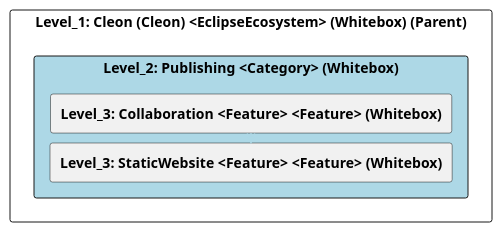
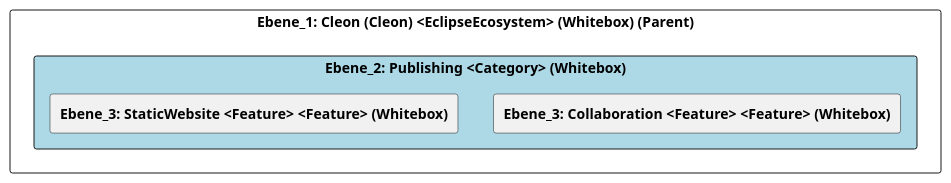
The diagram in doc/cleonproject_deliverables_architecture_model_architecture/adoc/de/05_bausteinsicht/cleon/publishing/ebene_2_publishing.adoc (marcozwyssig/cleon), drawn with PlantUML before and after one commit. The commit also changed other lines of this file and 150 other files, not shown here.

```diff
--- a/doc/cleonproject_deliverables_architecture_model_architecture/adoc/de/05_bausteinsicht/cleon/publishing/ebene_2_publishing.adoc
+++ b/doc/cleonproject_deliverables_architecture_model_architecture/adoc/de/05_bausteinsicht/cleon/publishing/ebene_2_publishing.adoc
@@ -21,28 +21,25 @@
-[plantuml, Level_2: Publishing <Category> (Whitebox)BlockOverview, format="svg"]
+[plantuml, Ebene_2: Publishing <Category> (Whitebox)BlockOverview, format="svg"]
 ----
-@startuml Level_2: Publishing <Category> (Whitebox)BuildingBlockOverview
+@startuml Ebene_2: Publishing <Category> (Whitebox)BuildingBlockOverview
 
 skinparam ranksep 10
 skinparam componentStyle rectangle
 skinparam shadowing false
 skinparam arrowColor lightblue
 skinparam arrowThickness 1.2
 skinparam rectangle {
   BackgroundColor White
   BorderColor #333
   RoundCorner 10
 }
 top to bottom direction
 
-component "Level_1: Cleon (Cleon) <EclipseEcosystem> (Whitebox) (Parent)" {
-    component "Level_2: Publishing <Category> (Whitebox)" #lightblue {
-        [**Level_3: Collaboration <Feature> <Feature> (Whitebox)**] as 4905581B_D579_11EE_903E_9F564E4DE07E
-        [**Level_3: StaticWebsite <Feature> <Feature> (Whitebox)**] as 49057F34_D579_11EE_903E_9F564E4DE07E
+component "Ebene_1: Cleon (Cleon) <EclipseEcosystem> (Whitebox) (Parent)" {
+    component "Ebene_2: Publishing <Category> (Whitebox)" #lightblue {
+        [**Ebene_3: Collaboration <Feature> <Feature> (Whitebox)**] as 4905581B_D579_11EE_903E_9F564E4DE07E
+        [**Ebene_3: StaticWebsite <Feature> <Feature> (Whitebox)**] as 49057F34_D579_11EE_903E_9F564E4DE07E
     }
-
-    4905581B_D579_11EE_903E_9F564E4DE07E -down-> 49057F34_D579_11EE_903E_9F564E4DE07E
-    
 }
 
 @enduml
 ----
```
